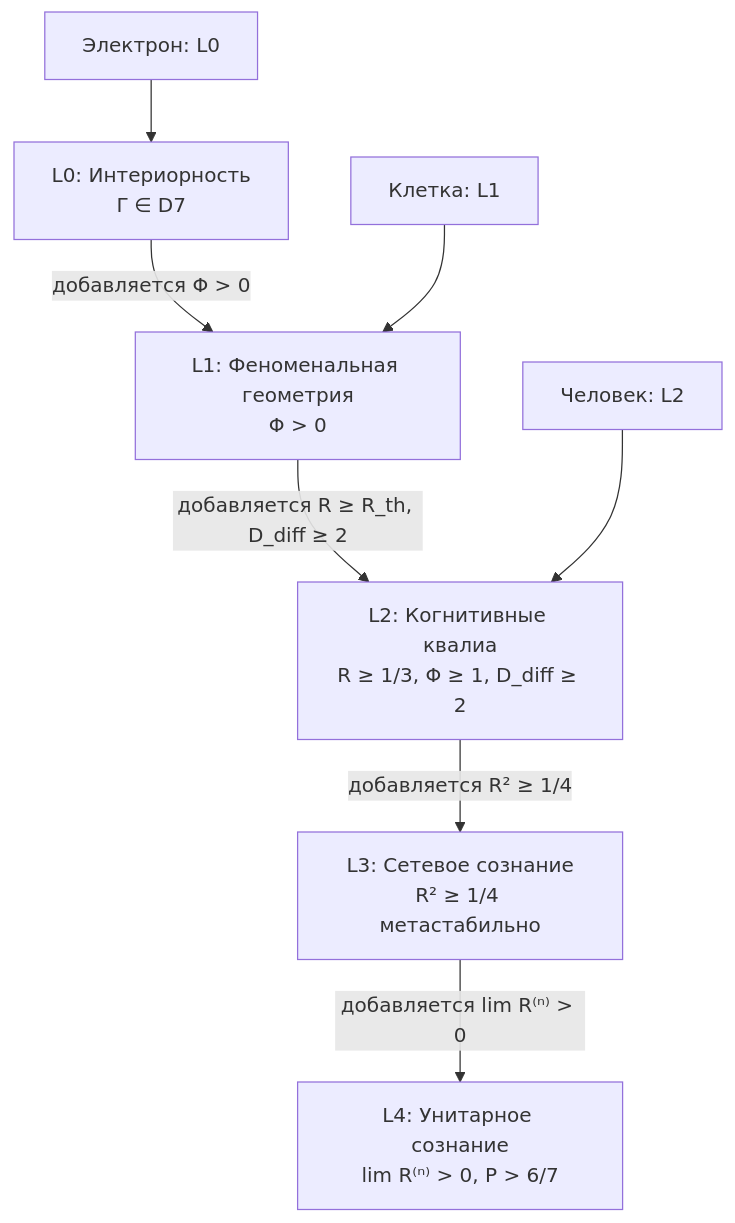
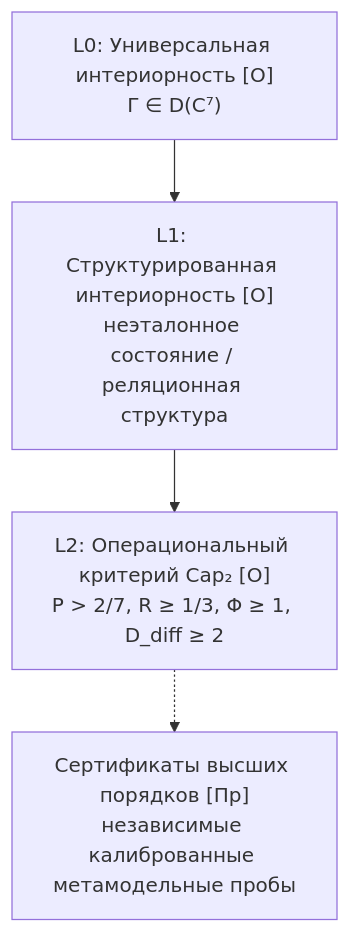
Before and after one commit to gst-st/uhm: the second of 2 diagrams in website/i18n/ru/docusaurus-plugin-content-docs/current/consciousness/comparative/panpsychism-analysis.md, drawn with Mermaid. The commit also changed other lines of this file and 376 other files, not shown here.

First line of the commit message:
Refactor UHM canon, decontaminate architecture, and verify EN/RU parity

````diff
--- a/website/i18n/ru/docusaurus-plugin-content-docs/current/consciousness/comparative/panpsychism-analysis.md
+++ b/website/i18n/ru/docusaurus-plugin-content-docs/current/consciousness/comparative/panpsychism-analysis.md
@@ -269,17 +211,11 @@
 ```mermaid
 graph TD
-    L0[L0: Интериорность<br/>Γ ∈ D7]
-    L1[L1: Феноменальная геометрия<br/>Φ > 0]
-    L2[L2: Когнитивные квалиа<br/>R ≥ 1/3, Φ ≥ 1, D_diff ≥ 2]
-    L3[L3: Сетевое сознание<br/>R² ≥ 1/4 метастабильно]
-    L4[L4: Унитарное сознание<br/>lim R⁽ⁿ⁾ > 0, P > 6/7]
+    L0["L0: Универсальная интериорность [О]<br/>Γ ∈ D(C⁷)"]
+    L1["L1: Структурированная интериорность [О]<br/>неэталонное состояние / реляционная структура"]
+    L2["L2: Операциональный критерий Cap₂ [О]<br/>P > 2/7, R ≥ 1/3, Φ ≥ 1, D_diff ≥ 2"]
+    L3P["Сертификаты высших порядков [Пр]<br/>независимые калиброванные метамодельные пробы"]
 
-    L0 -->|"добавляется Φ > 0"| L1
-    L1 -->|"добавляется R ≥ R_th, D_diff ≥ 2"| L2
-    L2 -->|"добавляется R² ≥ 1/4"| L3
-    L3 -->|"добавляется lim R⁽ⁿ⁾ > 0"| L4
-
-    ELEC[Электрон: L0] --> L0
-    CELL[Клетка: L1] --> L1
-    HUMAN[Человек: L2] --> L2
+    L0 --> L1
+    L1 --> L2
+    L2 -.-> L3P
 ```
````
